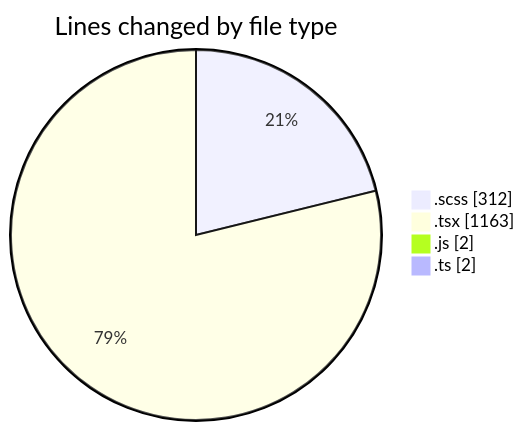
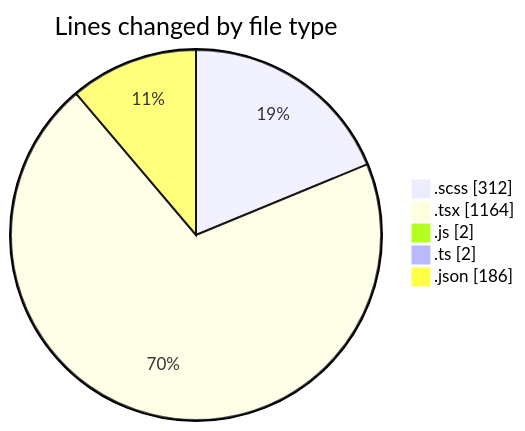
Before and after one commit to momahboobian/code-tracking: the first of 2 diagrams in 2026-08-10/cda/README.md, drawn with Mermaid. The commit also changed other lines of this file and 1 other file, not shown here.

````diff
--- a/2026-08-10/cda/README.md
+++ b/2026-08-10/cda/README.md
@@ -28,8 +29,9 @@
 ```mermaid
 pie showData
 title Lines changed by file type
 ".scss" : 312
-".tsx" : 1163
+".tsx" : 1164
 ".js" : 2
 ".ts" : 2
+".json" : 186
 ```
````
